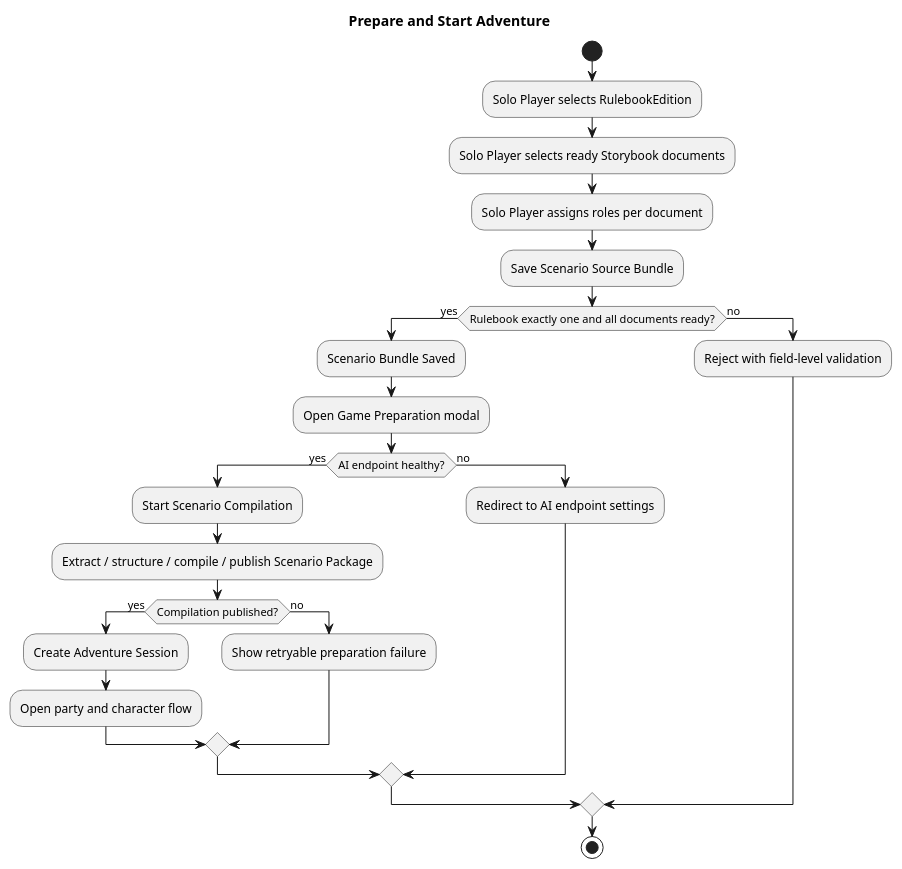
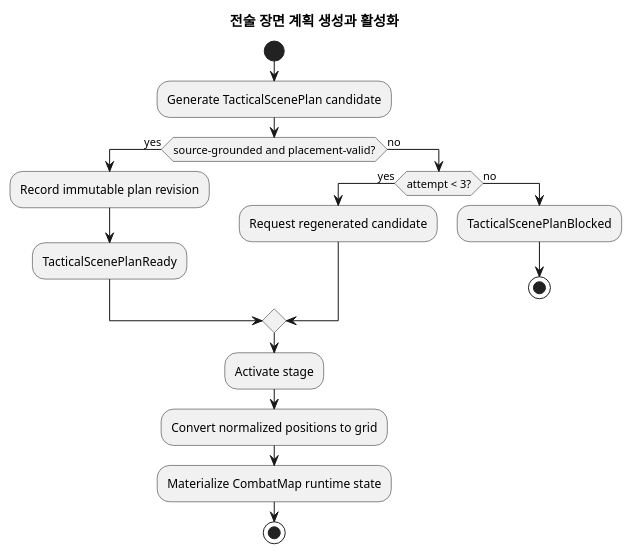
One commit to omegafrog/dnd-master changed the first of 2 diagrams in docs/specs/architecture-spec.md. Above: the diagram before and after it, drawn with PlantUML. The commit also changed other lines of this file and 7 other files, not shown here.

Commit message:
docs: plan tactical scene implementation

````diff
--- a/docs/specs/architecture-spec.md
+++ b/docs/specs/architecture-spec.md
@@ -34,29 +23,22 @@
 ```plantuml
 @startuml
-title Prepare and Start Adventure
+title 전술 장면 계획 생성과 활성화
 start
-:Solo Player selects RulebookEdition;
-:Solo Player selects ready Storybook documents;
-:Solo Player assigns roles per document;
-:Save Scenario Source Bundle;
-if (Rulebook exactly one and all documents ready?) then (yes)
-  :Scenario Bundle Saved;
-  :Open Game Preparation modal;
-  if (AI endpoint healthy?) then (yes)
-    :Start Scenario Compilation;
-    :Extract / structure / compile / publish Scenario Package;
-    if (Compilation published?) then (yes)
-      :Create Adventure Session;
-      :Open party and character flow;
-    else (no)
-      :Show retryable preparation failure;
-    endif
+:Generate TacticalScenePlan candidate;
+if (source-grounded and placement-valid?) then (yes)
+  :Record immutable plan revision;
+  :TacticalScenePlanReady;
+else (no)
+  if (attempt < 3?) then (yes)
+    :Request regenerated candidate;
   else (no)
-    :Redirect to AI endpoint settings;
+    :TacticalScenePlanBlocked;
+    stop
   endif
-else (no)
-  :Reject with field-level validation;
 endif
+:Activate stage;
+:Convert normalized positions to grid;
+:Materialize CombatMap runtime state;
 stop
 @enduml
 ```
````
